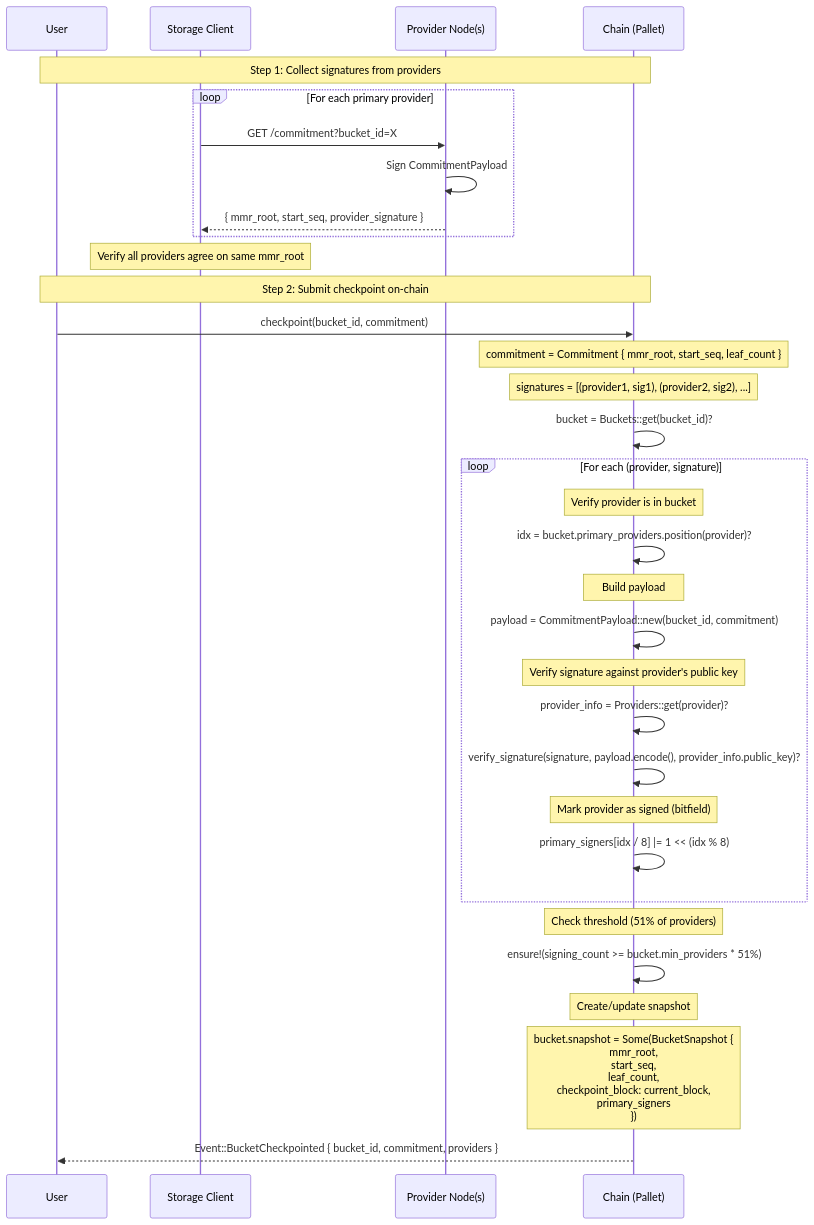
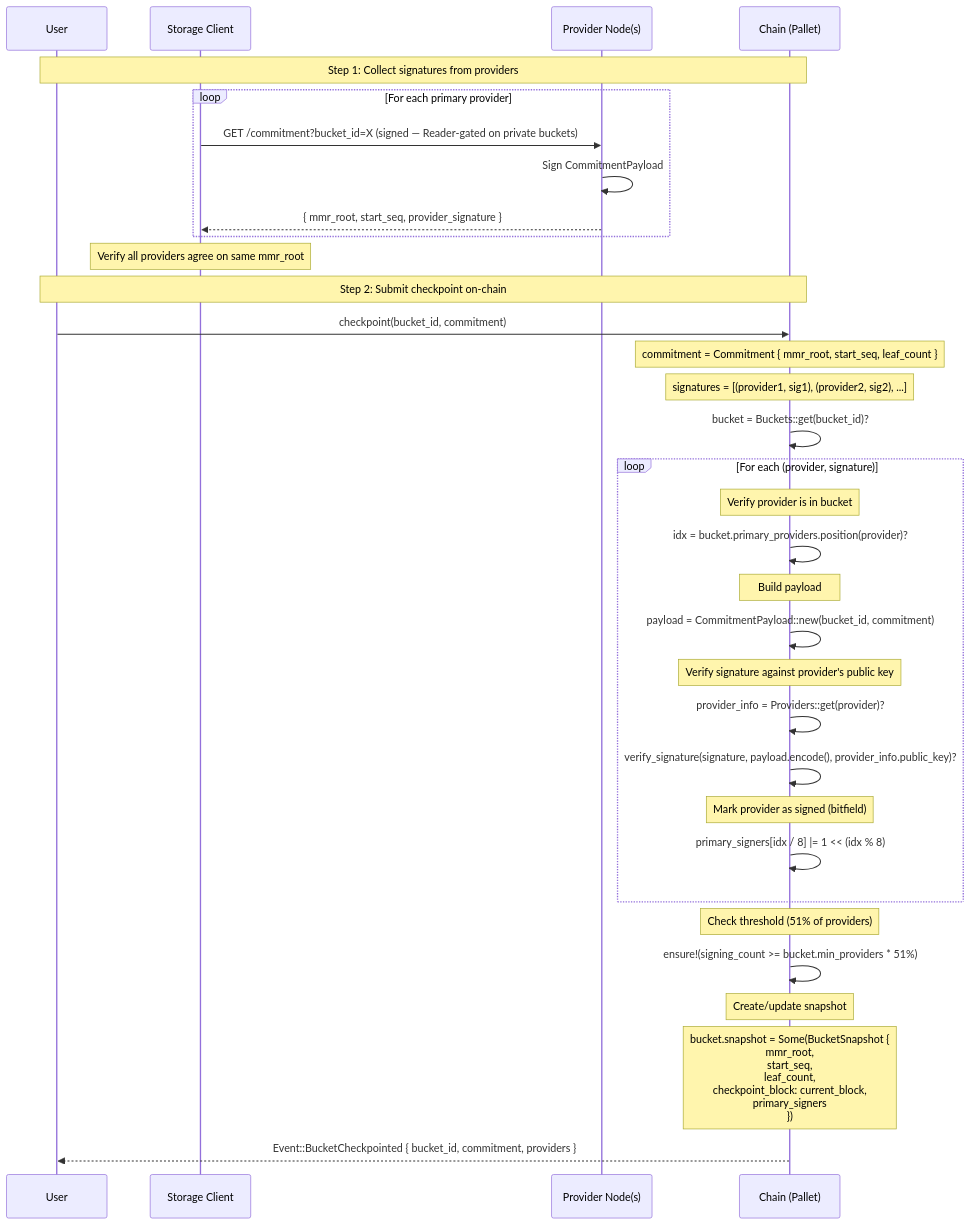
Before and after one commit to paritytech/web3-storage: the seventh of 13 diagrams in docs/reference/EXECUTION_FLOWS.md, drawn with Mermaid. The commit also changed 2 other files, not shown here.

Commit message:
docs: Layer-0 read-access rules (#383)
The design doc gains "Read access at Layer 0" under Bucket Visibility &
Access (v2.4): bucket-bound reads gate at Reader on primaries;
hash-keyed lookups are capability reads, with their limits (shared
hashes are irrevocable, challenge responses open a subtree) spelled
out; plus the replica-serving and operator self-read allowances.

The implementation doc's Authentication & RBAC section and per-endpoint
reference are synced to the implemented surface: gated endpoints carry
their Authorization line, /buckets and /mmr_subtree are gone, /stats is
aggregate-only, and the replica-sync flow names the replica fallback.
EXECUTION_FLOWS marks the checkpoint flow's /commitment poll as signed.

````diff
--- a/docs/reference/EXECUTION_FLOWS.md
+++ b/docs/reference/EXECUTION_FLOWS.md
@@ -313,50 +313,50 @@
 ```mermaid
 sequenceDiagram
     participant U as User
     participant SC as Storage Client
     participant PN as Provider Node(s)
     participant C as Chain (Pallet)
 
     Note over U,C: Step 1: Collect signatures from providers
 
     loop For each primary provider
-        SC->>PN: GET /commitment?bucket_id=X
+        SC->>PN: GET /commitment?bucket_id=X (signed — Reader-gated on private buckets)
         PN->>PN: Sign CommitmentPayload
         PN-->>SC: { mmr_root, start_seq, provider_signature }
     end
 
     Note over SC: Verify all providers agree on same mmr_root
 
     Note over U,C: Step 2: Submit checkpoint on-chain
 
     U->>C: checkpoint(bucket_id, commitment)
 
     Note over C: commitment = Commitment { mmr_root, start_seq, leaf_count }
 
     Note over C: signatures = [(provider1, sig1), (provider2, sig2), ...]
 
     C->>C: bucket = Buckets::get(bucket_id)?
 
     loop For each (provider, signature)
         Note over C: Verify provider is in bucket
         C->>C: idx = bucket.primary_providers.position(provider)?
 
         Note over C: Build payload
         C->>C: payload = CommitmentPayload::new(bucket_id, commitment)
 
         Note over C: Verify signature against provider's public key
         C->>C: provider_info = Providers::get(provider)?
         C->>C: verify_signature(signature, payload.encode(), provider_info.public_key)?
 
         Note over C: Mark provider as signed (bitfield)
         C->>C: primary_signers[idx / 8] |= 1 << (idx % 8)
     end
 
     Note over C: Check threshold (51% of providers)
     C->>C: ensure!(signing_count >= bucket.min_providers * 51%)
 
     Note over C: Create/update snapshot
     Note over C: bucket.snapshot = Some(BucketSnapshot {<br/> mmr_root,<br/> start_seq,<br/> leaf_count,<br/> checkpoint_block: current_block,<br/> primary_signers<br/>})
 
     C-->>U: Event::BucketCheckpointed { bucket_id, commitment, providers }
 ```
````
